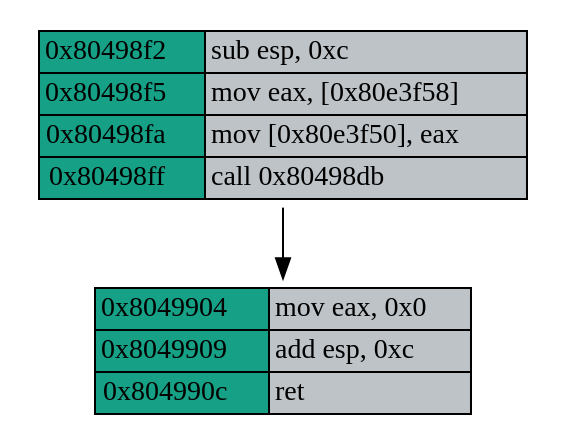
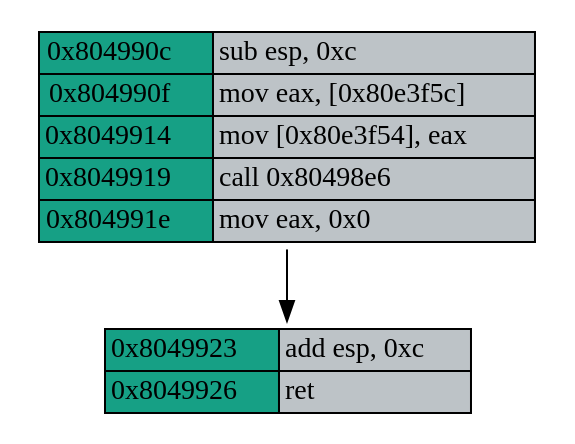
Before and after one commit to Nicolnegg/researh: the diagram in VM/tools-paper/Examples/simple-example/function_cfg.dot, drawn with Graphviz. The commit also changed 23 other files, not shown here.

```diff
--- a/VM/tools-paper/Examples/simple-example/function_cfg.dot
+++ b/VM/tools-paper/Examples/simple-example/function_cfg.dot
@@ -1,20 +1,20 @@
 digraph G {
   node [shape=plaintext, ];
-  819448841 [label=<<table border="0" cellspacing="0">
-<tr><td border="1" bgcolor="#16a085">0x8049904</td><td border="1" bgcolor="#bdc3c7" align="left">mov eax, 0x0</td></tr>
-<tr><td border="1" bgcolor="#16a085">0x8049909</td><td border="1" bgcolor="#bdc3c7" align="left">add esp, 0xc</td></tr>
-<tr><td border="1" bgcolor="#16a085">0x804990c</td><td border="1" bgcolor="#bdc3c7" align="left">ret</td></tr>
+  344375939 [label=<<table border="0" cellspacing="0">
+<tr><td border="1" bgcolor="#16a085">0x804990c</td><td border="1" bgcolor="#bdc3c7" align="left">sub esp, 0xc</td></tr>
+<tr><td border="1" bgcolor="#16a085">0x804990f</td><td border="1" bgcolor="#bdc3c7" align="left">mov eax, [0x80e3f5c]</td></tr>
+<tr><td border="1" bgcolor="#16a085">0x8049914</td><td border="1" bgcolor="#bdc3c7" align="left">mov [0x80e3f54], eax</td></tr>
+<tr><td border="1" bgcolor="#16a085">0x8049919</td><td border="1" bgcolor="#bdc3c7" align="left">call 0x80498e6</td></tr>
+<tr><td border="1" bgcolor="#16a085">0x804991e</td><td border="1" bgcolor="#bdc3c7" align="left">mov eax, 0x0</td></tr>
 </table>>,
              ];
-  1029542888 [label=<<table border="0" cellspacing="0">
-<tr><td border="1" bgcolor="#16a085">0x80498f2</td><td border="1" bgcolor="#bdc3c7" align="left">sub esp, 0xc</td></tr>
-<tr><td border="1" bgcolor="#16a085">0x80498f5</td><td border="1" bgcolor="#bdc3c7" align="left">mov eax, [0x80e3f58]</td></tr>
-<tr><td border="1" bgcolor="#16a085">0x80498fa</td><td border="1" bgcolor="#bdc3c7" align="left">mov [0x80e3f50], eax</td></tr>
-<tr><td border="1" bgcolor="#16a085">0x80498ff</td><td border="1" bgcolor="#bdc3c7" align="left">call 0x80498db</td></tr>
+  90937644 [label=<<table border="0" cellspacing="0">
+<tr><td border="1" bgcolor="#16a085">0x8049923</td><td border="1" bgcolor="#bdc3c7" align="left">add esp, 0xc</td></tr>
+<tr><td border="1" bgcolor="#16a085">0x8049926</td><td border="1" bgcolor="#bdc3c7" align="left">ret</td></tr>
 </table>>,
-              ];
+            ];
   
   
-  1029542888 -> 819448841 [minlen=1, ];
+  344375939 -> 90937644 [minlen=1, ];
   
   }
```
